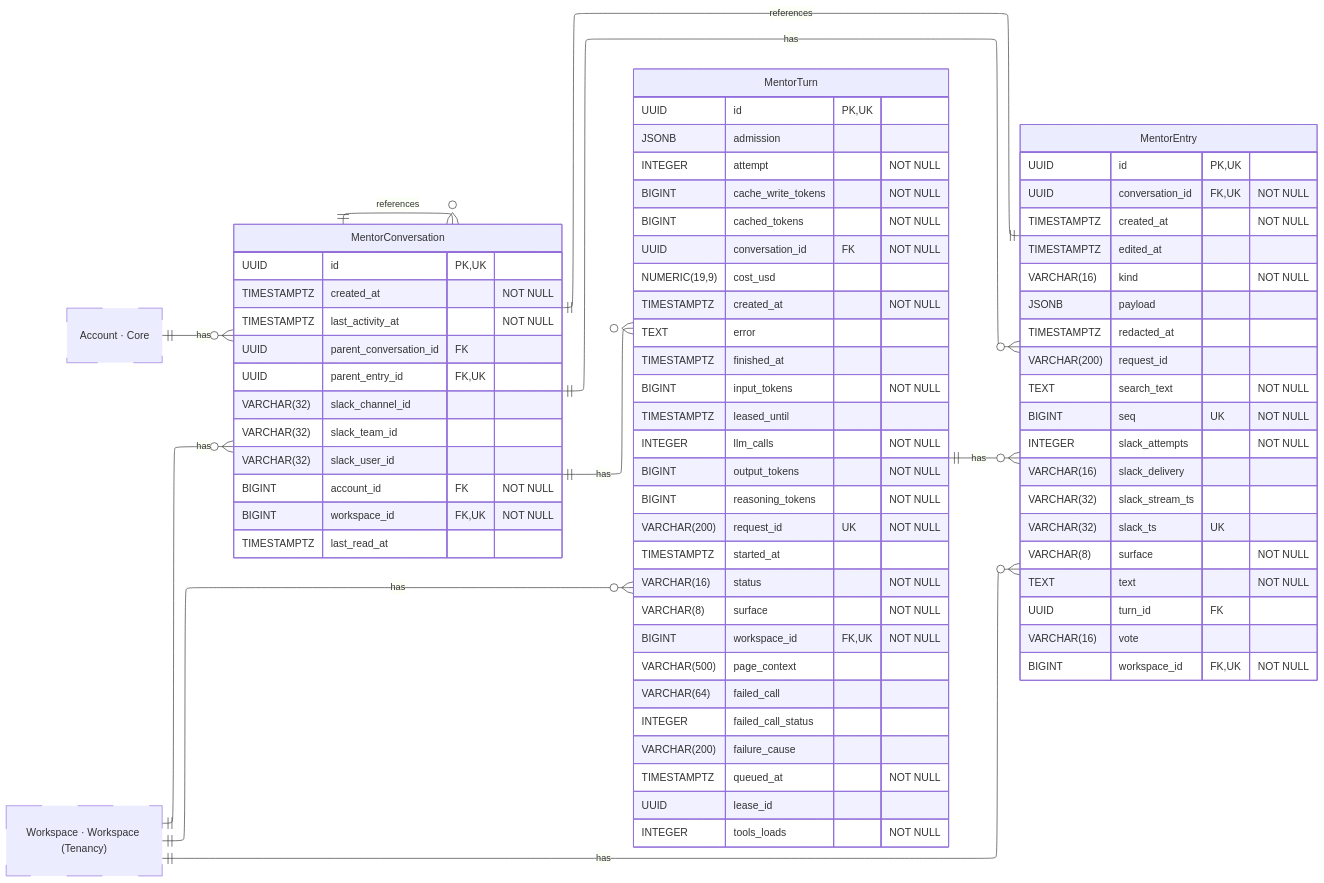
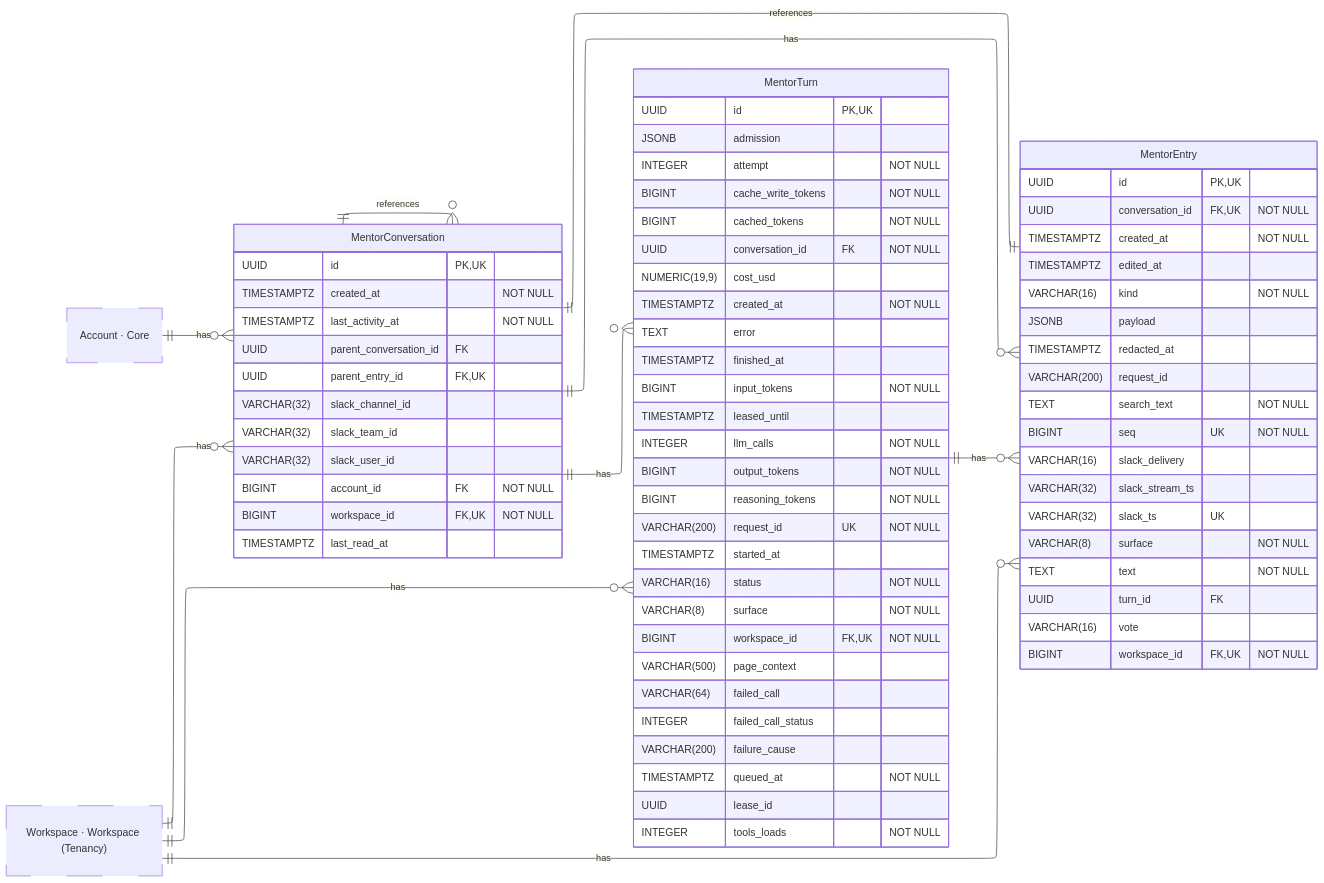
The diagram in docs/contributor/erd/mentor.mmd (hephaestus-build/Hephaestus), drawn with Mermaid before and after one commit. The commit also changed 32 other files, not shown here.

```diff
--- a/docs/contributor/erd/mentor.mmd
+++ b/docs/contributor/erd/mentor.mmd
@@ -1,102 +1,101 @@
 ---
 config:
     layout: elk
 ---
 erDiagram
     %% Generated automatically from PostgreSQL database schema
     %% using scripts/generate-mermaid-erd.ts
     %% To regenerate: vp run db:generate-erd-docs
 
     direction LR
 
     MentorConversation {
         UUID id PK,UK
         TIMESTAMPTZ created_at "NOT NULL"
         TIMESTAMPTZ last_activity_at "NOT NULL"
         UUID parent_conversation_id FK
         UUID parent_entry_id FK,UK
         VARCHAR(32) slack_channel_id
         VARCHAR(32) slack_team_id
         VARCHAR(32) slack_user_id
         BIGINT account_id FK "NOT NULL"
         BIGINT workspace_id FK,UK "NOT NULL"
         TIMESTAMPTZ last_read_at
     }
 
     MentorEntry {
         UUID id PK,UK
         UUID conversation_id FK,UK "NOT NULL"
         TIMESTAMPTZ created_at "NOT NULL"
         TIMESTAMPTZ edited_at
         VARCHAR(16) kind "NOT NULL"
         JSONB payload
         TIMESTAMPTZ redacted_at
         VARCHAR(200) request_id
         TEXT search_text "NOT NULL"
         BIGINT seq UK "NOT NULL"
-        INTEGER slack_attempts "NOT NULL"
         VARCHAR(16) slack_delivery
         VARCHAR(32) slack_stream_ts
         VARCHAR(32) slack_ts UK
         VARCHAR(8) surface "NOT NULL"
         TEXT text "NOT NULL"
         UUID turn_id FK
         VARCHAR(16) vote
         BIGINT workspace_id FK,UK "NOT NULL"
     }
 
     MentorTurn {
         UUID id PK,UK
         JSONB admission
         INTEGER attempt "NOT NULL"
         BIGINT cache_write_tokens "NOT NULL"
         BIGINT cached_tokens "NOT NULL"
         UUID conversation_id FK "NOT NULL"
         NUMERIC(19,9) cost_usd
         TIMESTAMPTZ created_at "NOT NULL"
         TEXT error
         TIMESTAMPTZ finished_at
         BIGINT input_tokens "NOT NULL"
         TIMESTAMPTZ leased_until
         INTEGER llm_calls "NOT NULL"
         BIGINT output_tokens "NOT NULL"
         BIGINT reasoning_tokens "NOT NULL"
         VARCHAR(200) request_id UK "NOT NULL"
         TIMESTAMPTZ started_at
         VARCHAR(16) status "NOT NULL"
         VARCHAR(8) surface "NOT NULL"
         BIGINT workspace_id FK,UK "NOT NULL"
         VARCHAR(500) page_context
         VARCHAR(64) failed_call
         INTEGER failed_call_status
         VARCHAR(200) failure_cause
         TIMESTAMPTZ queued_at "NOT NULL"
         UUID lease_id
         INTEGER tools_loads "NOT NULL"
     }
 
     Account["Account · Core"]
     Workspace["Workspace · Workspace (Tenancy)"]
 
     %% Relationships
     %% One-to-One relationships
     MentorEntry ||--|| MentorConversation : references
 
     %% One-to-Many relationships
     Account ||--o{ MentorConversation : has
     MentorConversation ||--o{ MentorConversation : references
     Workspace ||--o{ MentorConversation : has
     MentorConversation ||--o{ MentorEntry : has
     MentorTurn ||--o{ MentorEntry : has
     Workspace ||--o{ MentorEntry : has
     MentorConversation ||--o{ MentorTurn : has
     Workspace ||--o{ MentorTurn : has
 
     %% Styling
     classDef primaryEntity stroke:#0288d1,stroke-width:2px
     classDef associationEntity stroke:#8e24aa,stroke-width:2px
     classDef metadataEntity stroke:#43a047,stroke-width:2px
     classDef referenceEntity stroke-dasharray:5 5
 
     class Account referenceEntity
     class Workspace referenceEntity
```
